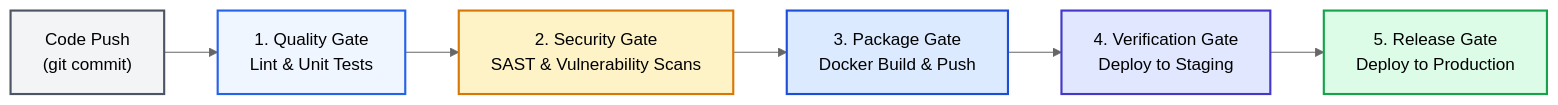
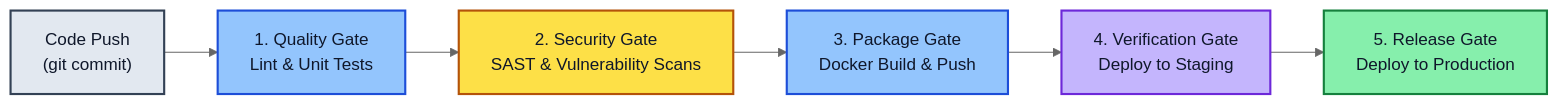
Before and after one commit to PandeyKishan/Study-Notes: the second of 4 diagrams in 04-CICD-Pipelines/01-Fundamentals-GitOps-and-Pipeline-Design.md, drawn with Mermaid (neutral theme). The commit also changed other lines of this file and 22 other files, not shown here.

Commit message:
docs: enhance diagram visibility with high-contrast palette and add concise book definitions

````diff
--- a/04-CICD-Pipelines/01-Fundamentals-GitOps-and-Pipeline-Design.md
+++ b/04-CICD-Pipelines/01-Fundamentals-GitOps-and-Pipeline-Design.md
@@ -44,15 +44,15 @@
 ```mermaid
 flowchart LR
     Commit["Code Push\n(git commit)"] --> Lint["1. Quality Gate\nLint & Unit Tests"]
     Lint --> Sec["2. Security Gate\nSAST & Vulnerability Scans"]
     Sec --> Build["3. Package Gate\nDocker Build & Push"]
     Build --> Stage["4. Verification Gate\nDeploy to Staging"]
     Stage --> Prod["5. Release Gate\nDeploy to Production"]
 
-    style Commit fill:#f3f4f6,stroke:#4b5563,stroke-width:2px
-    style Lint fill:#eff6ff,stroke:#2563eb,stroke-width:2px
-    style Sec fill:#fef3c7,stroke:#d97706,stroke-width:2px
-    style Build fill:#dbeafe,stroke:#1d4ed8,stroke-width:2px
-    style Stage fill:#e0e7ff,stroke:#4338ca,stroke-width:2px
-    style Prod fill:#dcfce7,stroke:#16a34a,stroke-width:2px
+    style Commit fill:#e2e8f0,stroke:#334155,stroke-width:2px,color:#0f172a
+    style Lint fill:#93c5fd,stroke:#1d4ed8,stroke-width:2px,color:#0f172a
+    style Sec fill:#fde047,stroke:#b45309,stroke-width:2px,color:#0f172a
+    style Build fill:#93c5fd,stroke:#1d4ed8,stroke-width:2px,color:#0f172a
+    style Stage fill:#c4b5fd,stroke:#6d28d9,stroke-width:2px,color:#0f172a
+    style Prod fill:#86efac,stroke:#15803d,stroke-width:2px,color:#0f172a
 ```
````
